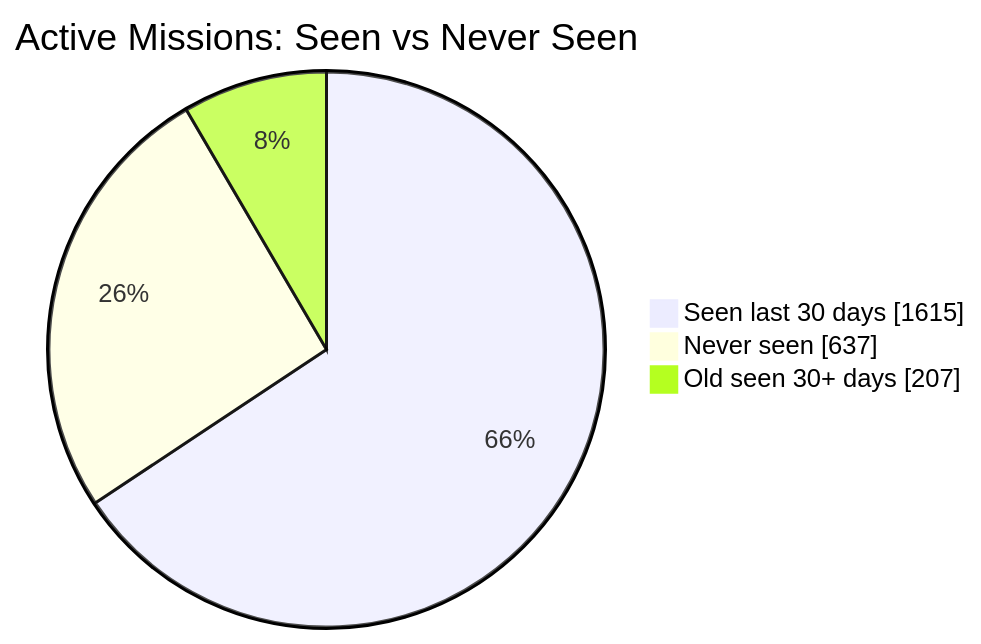
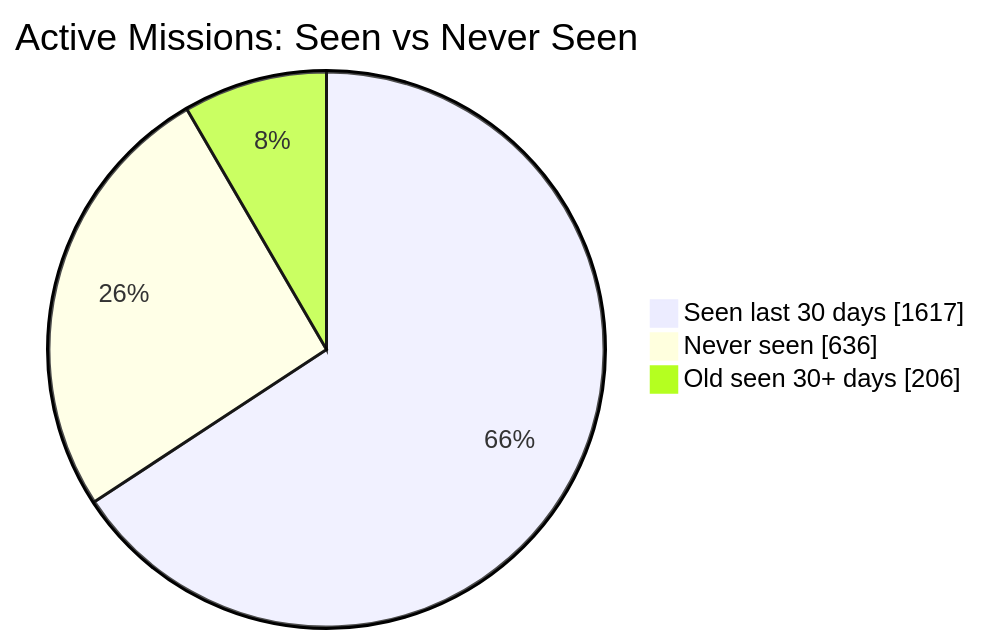
Before and after one commit to MeldkamerspelGameTeam/active-missions: the first of 2 diagrams in README.md, drawn with Mermaid. The commit also changed other lines of this file and 3 other files, not shown here.

````diff
--- a/README.md
+++ b/README.md
@@ -34,7 +34,7 @@
 ```mermaid
 pie showData
     title Active Missions: Seen vs Never Seen
-    "Seen last 30 days" : 1615
-    "Never seen" : 637
-    "Old seen 30+ days" : 207
+    "Seen last 30 days" : 1617
+    "Never seen" : 636
+    "Old seen 30+ days" : 206
 ```
````
